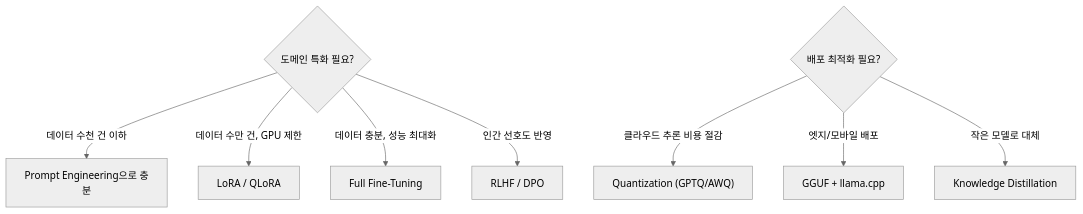
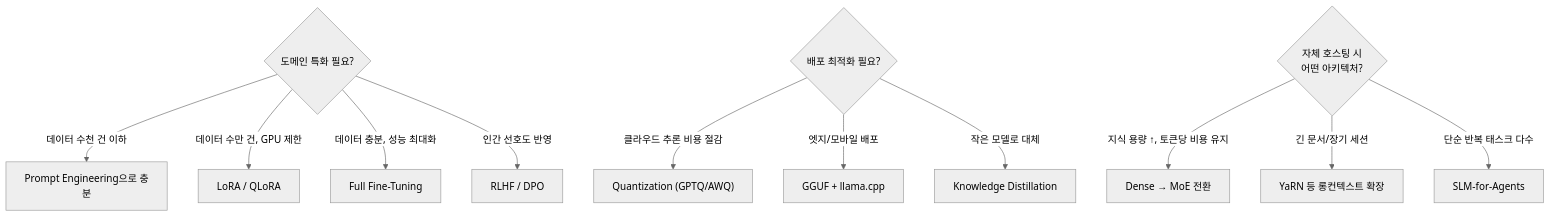
Before and after one commit to TaeHunKim/AIEngineeringLLMWiki: the second of 2 diagrams in wiki/AI/Engineering/Model_Engineering/Model_Engineering.md, drawn with Mermaid (neutral theme). The commit also changed other lines of this file and 66 other files, not shown here.

First line of the commit message:
docs: fill Model/Prompt/Flow/Context/Loop Engineering gaps and refresh stale chapters

````diff
--- a/wiki/AI/Engineering/Model_Engineering/Model_Engineering.md
+++ b/wiki/AI/Engineering/Model_Engineering/Model_Engineering.md
@@ -34,11 +36,15 @@
 ```mermaid
 flowchart TD
     A{도메인 특화 필요?} -->|"데이터 수천 건 이하"| PE[Prompt Engineering으로 충분]
     A -->|"데이터 수만 건, GPU 제한"| LR["LoRA / QLoRA"]
     A -->|"데이터 충분, 성능 최대화"| FF[Full Fine-Tuning]
     A -->|"인간 선호도 반영"| RL["RLHF / DPO"]
 
     B{배포 최적화 필요?} -->|"클라우드 추론 비용 절감"| QT["Quantization (GPTQ/AWQ)"]
     B -->|"엣지/모바일 배포"| GG["GGUF + llama.cpp"]
     B -->|"작은 모델로 대체"| KD[Knowledge Distillation]
+
+    C{"자체 호스팅 시<br/>어떤 아키텍처?"} -->|"지식 용량 ↑, 토큰당 비용 유지"| MOE["Dense → MoE 전환"]
+    C -->|"긴 문서/장기 세션"| YARN["YaRN 등 롱컨텍스트 확장"]
+    C -->|"단순 반복 태스크 다수"| SLM["SLM-for-Agents"]
 ```
````
